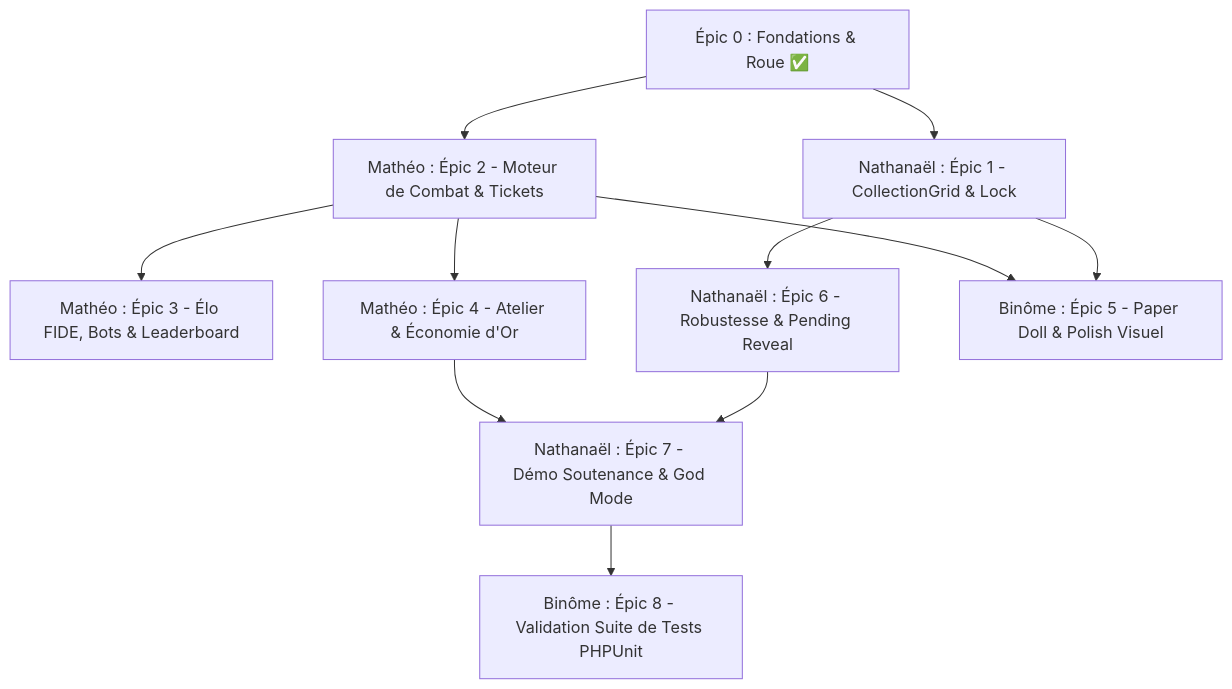
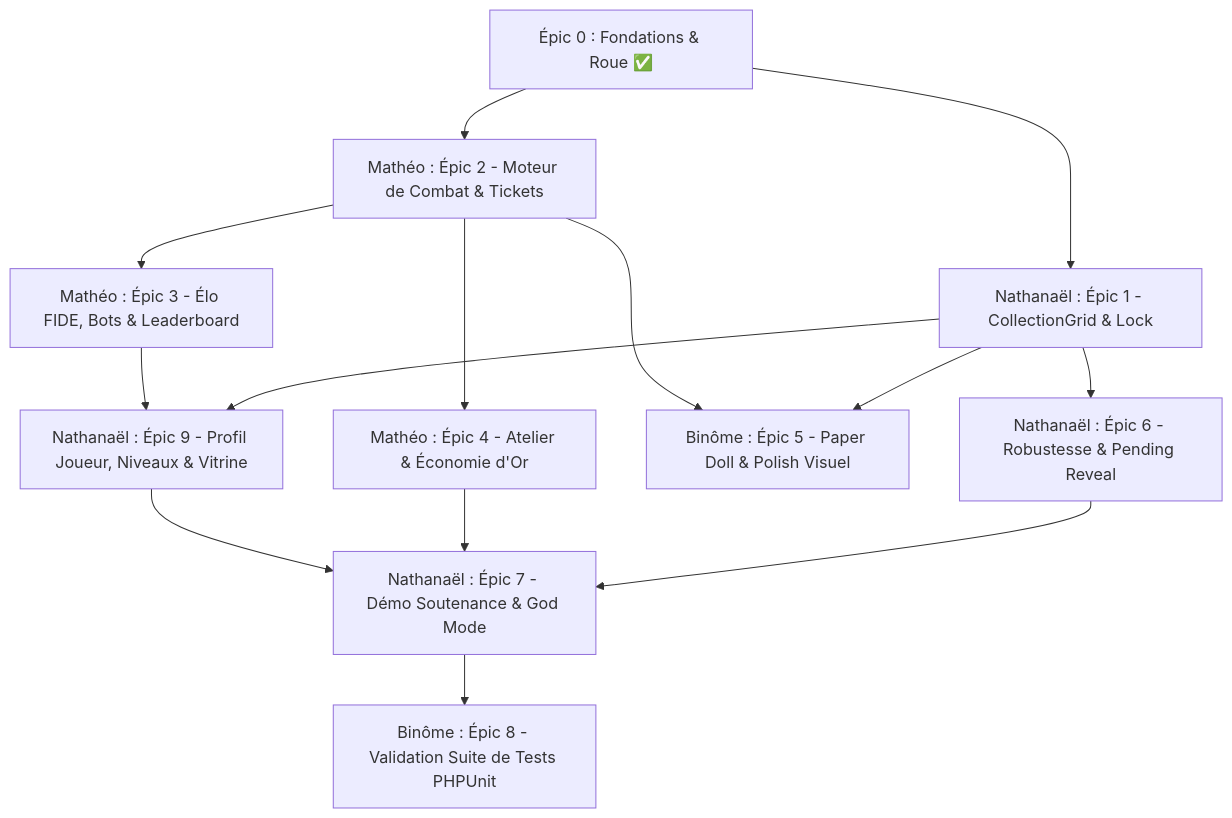
One commit to NathOof30/wheelborn changed the diagram in tickets.md. Above: the diagram before and after it, drawn with Mermaid. The commit also changed other lines of this file and 26 other files, not shown here.

````diff
--- a/tickets.md
+++ b/tickets.md
@@ -636,11 +714,12 @@
 ```mermaid
 graph TD
     A[Épic 0 : Fondations & Roue ✅] --> B[Nathanaël : Épic 1 - CollectionGrid & Lock]
     A --> C[Mathéo : Épic 2 - Moteur de Combat & Tickets]
     C --> D[Mathéo : Épic 3 - Élo FIDE, Bots & Leaderboard]
     B --> E[Nathanaël : Épic 6 - Robustesse & Pending Reveal]
     C --> F[Mathéo : Épic 4 - Atelier & Économie d'Or]
     B & C --> G[Binôme : Épic 5 - Paper Doll & Polish Visuel]
-    E & F --> H[Nathanaël : Épic 7 - Démo Soutenance & God Mode]
+    B & D --> J[Nathanaël : Épic 9 - Profil Joueur, Niveaux & Vitrine]
+    E & F & J --> H[Nathanaël : Épic 7 - Démo Soutenance & God Mode]
     H --> I[Binôme : Épic 8 - Validation Suite de Tests PHPUnit]
 ```
````
